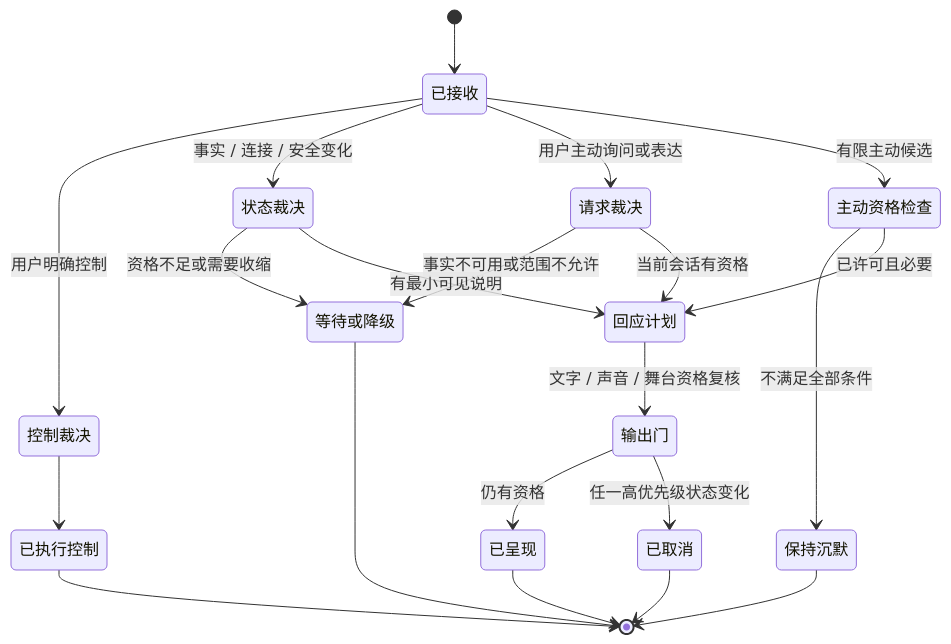
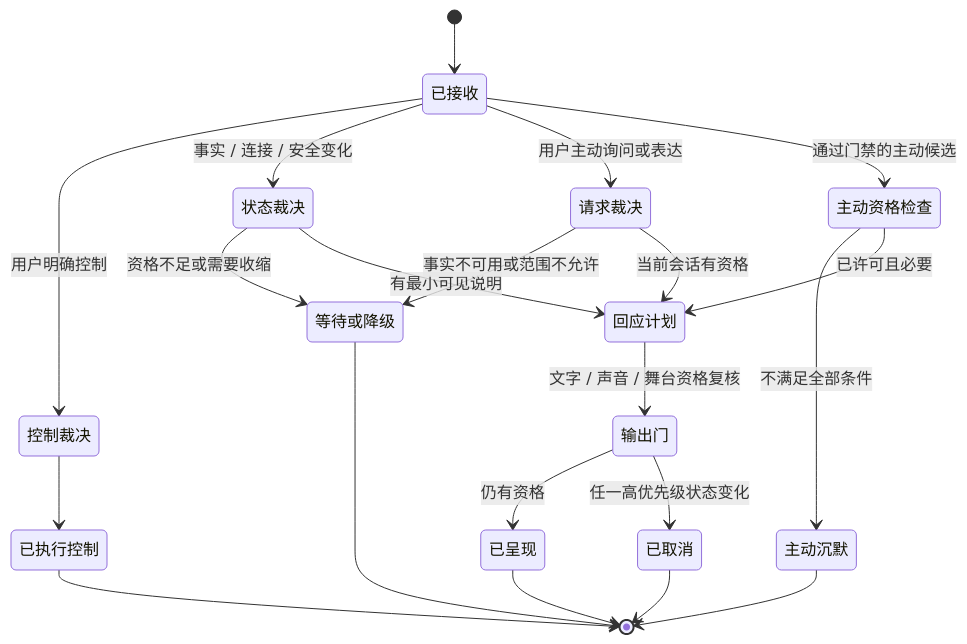
Before and after one commit to weiz98417-crypto/qiuqiu: the fourth of 8 diagrams in docs/球球全套资料/4.产品设计/33A-数字球友Agent运行时与决策编排设计.md, drawn with Mermaid. The commit also changed other lines of this file and 49 other files, not shown here.

```diff
--- a/docs/球球全套资料/4.产品设计/33A-数字球友Agent运行时与决策编排设计.md
+++ b/docs/球球全套资料/4.产品设计/33A-数字球友Agent运行时与决策编排设计.md
@@ -293,23 +338,23 @@
 ~~~mermaid
 stateDiagram-v2
     [*] --> 已接收
     已接收 --> 控制裁决: 用户明确控制
     已接收 --> 状态裁决: 事实 / 连接 / 安全变化
     已接收 --> 请求裁决: 用户主动询问或表达
-    已接收 --> 主动资格检查: 有限主动候选
+    已接收 --> 主动资格检查: 通过门禁的主动候选
     控制裁决 --> 已执行控制
     状态裁决 --> 等待或降级: 资格不足或需要收缩
     状态裁决 --> 回应计划: 有最小可见说明
     请求裁决 --> 等待或降级: 事实不可用或范围不允许
     请求裁决 --> 回应计划: 当前会话有资格
-    主动资格检查 --> 保持沉默: 不满足全部条件
+    主动资格检查 --> 主动沉默: 不满足全部条件
     主动资格检查 --> 回应计划: 已许可且必要
     回应计划 --> 输出门: 文字 / 声音 / 舞台资格复核
     输出门 --> 已呈现: 仍有资格
     输出门 --> 已取消: 任一高优先级状态变化
     已执行控制 --> [*]
     等待或降级 --> [*]
-    保持沉默 --> [*]
+    主动沉默 --> [*]
     已呈现 --> [*]
     已取消 --> [*]
 ~~~
```
